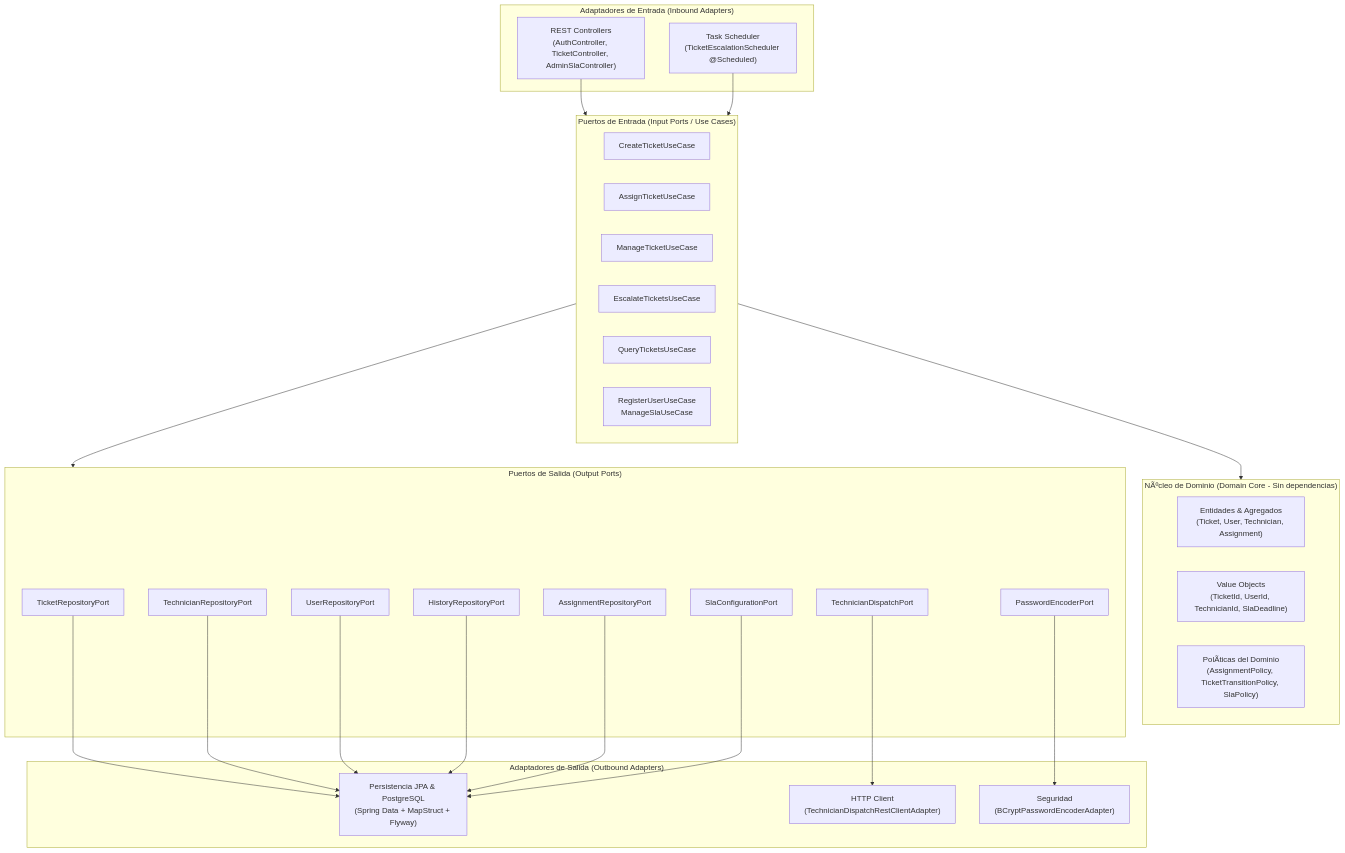
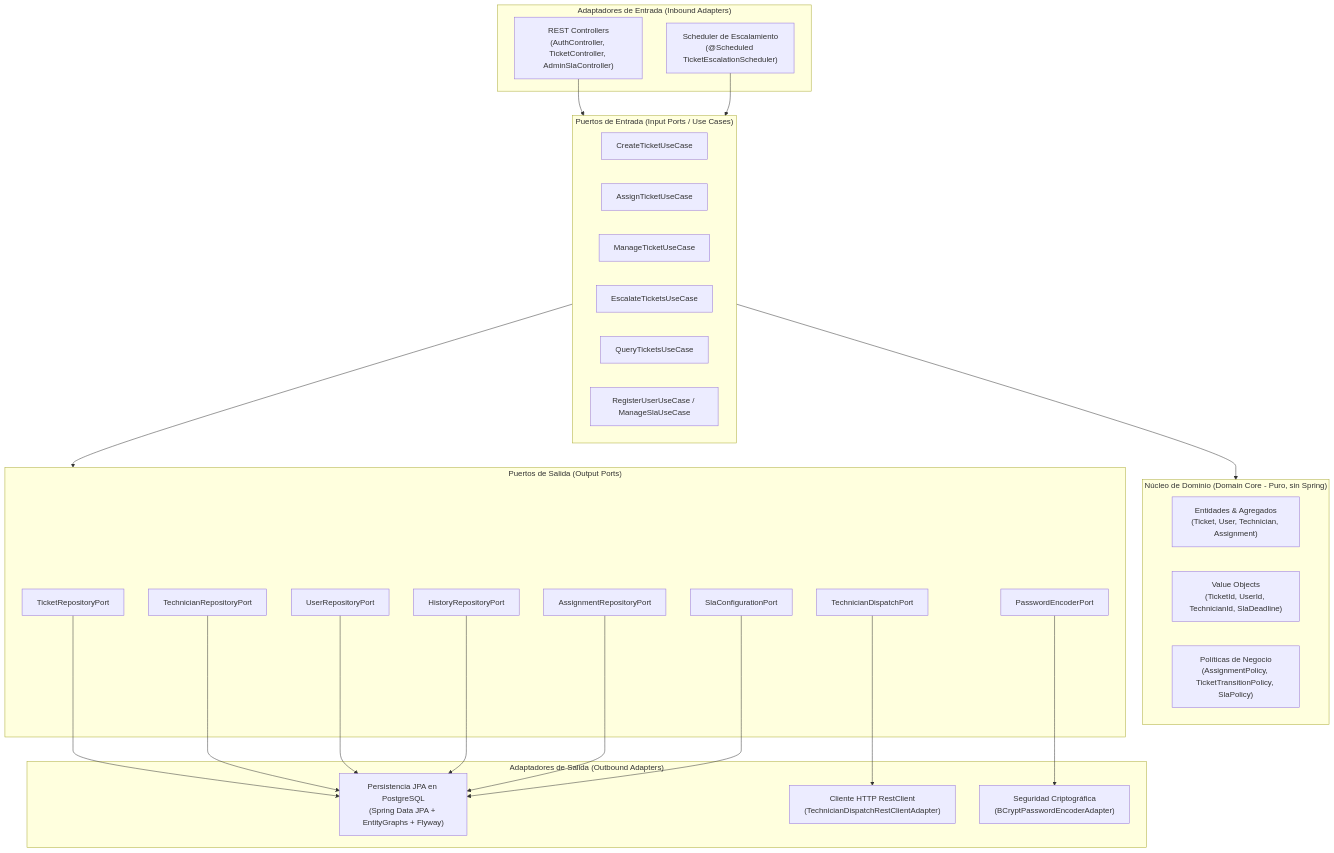
The first of 3 diagrams in README.md (JuanGale-20/HelpFlow), drawn with Mermaid before and after one commit. The commit also changed other lines of this file, not shown here.

````diff
--- a/README.md
+++ b/README.md
@@ -21,52 +55,52 @@
 ```mermaid
 flowchart TD
     subgraph AdaptadoresEntrada["Adaptadores de Entrada (Inbound Adapters)"]
-        REST["REST Controllers\n(AuthController, TicketController, AdminSlaController)"]
-        CRON["Task Scheduler\n(TicketEscalationScheduler @Scheduled)"]
+        REST["REST Controllers<br/>(AuthController, TicketController, AdminSlaController)"]
+        CRON["Scheduler de Escalamiento<br/>(@Scheduled TicketEscalationScheduler)"]
     end
 
     subgraph PuertosEntrada["Puertos de Entrada (Input Ports / Use Cases)"]
         CreateUC["CreateTicketUseCase"]
         AssignUC["AssignTicketUseCase"]
         ManageUC["ManageTicketUseCase"]
         EscalateUC["EscalateTicketsUseCase"]
         QueryUC["QueryTicketsUseCase"]
-        AuthUC["RegisterUserUseCase\nManageSlaUseCase"]
+        AuthUC["RegisterUserUseCase / ManageSlaUseCase"]
     end
 
-    subgraph DominioPuro["NÃºcleo de Dominio (Domain Core - Sin dependencias)"]
-        Entities["Entidades & Agregados\n(Ticket, User, Technician, Assignment)"]
-        VO["Value Objects\n(TicketId, UserId, TechnicianId, SlaDeadline)"]
-        Policies["PolÃ­ticas del Dominio\n(AssignmentPolicy, TicketTransitionPolicy, SlaPolicy)"]
+    subgraph DominioPuro["Núcleo de Dominio (Domain Core - Puro, sin Spring)"]
+        Entities["Entidades & Agregados<br/>(Ticket, User, Technician, Assignment)"]
+        VO["Value Objects<br/>(TicketId, UserId, TechnicianId, SlaDeadline)"]
+        Policies["Políticas de Negocio<br/>(AssignmentPolicy, TicketTransitionPolicy, SlaPolicy)"]
     end
 
     subgraph PuertosSalida["Puertos de Salida (Output Ports)"]
         TicketRepoPort["TicketRepositoryPort"]
         TechRepoPort["TechnicianRepositoryPort"]
         UserRepoPort["UserRepositoryPort"]
         HistoryRepoPort["HistoryRepositoryPort"]
         AssignRepoPort["AssignmentRepositoryPort"]
         SlaPort["SlaConfigurationPort"]
         DispatchPort["TechnicianDispatchPort"]
         PassPort["PasswordEncoderPort"]
     end
 
     subgraph AdaptadoresSalida["Adaptadores de Salida (Outbound Adapters)"]
-        JPA["Persistencia JPA & PostgreSQL\n(Spring Data + MapStruct + Flyway)"]
-        RestClient["HTTP Client\n(TechnicianDispatchRestClientAdapter)"]
-        Security["Seguridad\n(BCryptPasswordEncoderAdapter)"]
+        JPA["Persistencia JPA en PostgreSQL<br/>(Spring Data JPA + EntityGraphs + Flyway)"]
+        RestClient["Cliente HTTP RestClient<br/>(TechnicianDispatchRestClientAdapter)"]
+        Security["Seguridad Criptográfica<br/>(BCryptPasswordEncoderAdapter)"]
     end
 
     REST --> PuertosEntrada
     CRON --> PuertosEntrada
     PuertosEntrada --> DominioPuro
     PuertosEntrada --> PuertosSalida
     TicketRepoPort --> JPA
     TechRepoPort --> JPA
     UserRepoPort --> JPA
     HistoryRepoPort --> JPA
     AssignRepoPort --> JPA
     SlaPort --> JPA
     DispatchPort --> RestClient
     PassPort --> Security
 ```
````
